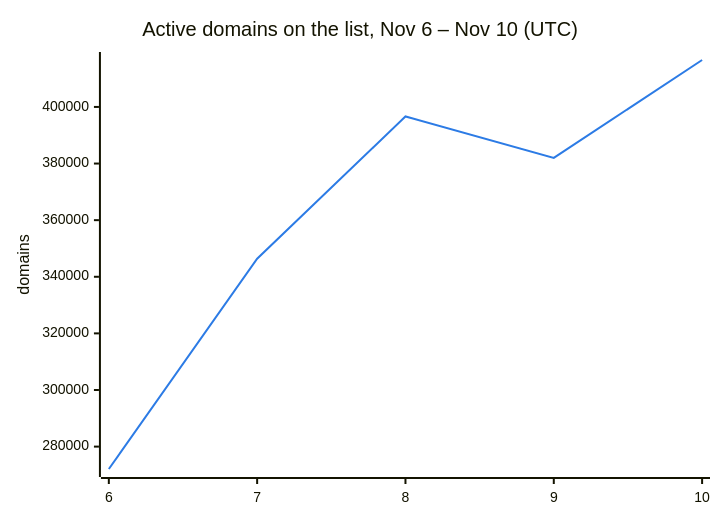
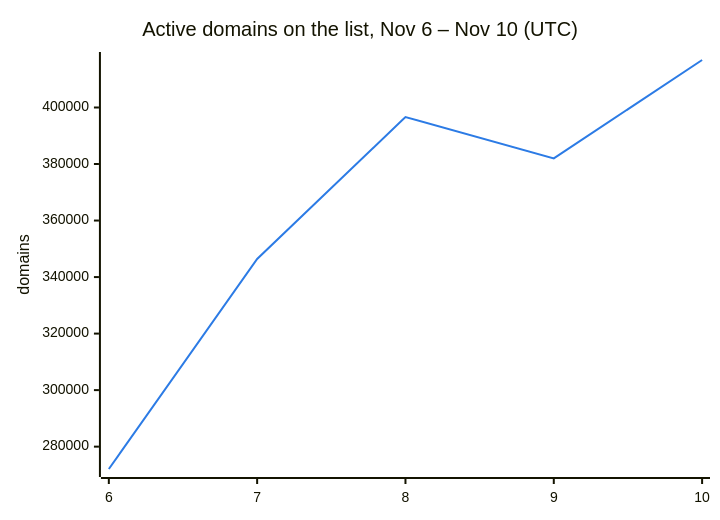
Before and after one commit to DNSBunker/CTI: the second of 3 diagrams in README.md, drawn with Mermaid. The commit also changed other lines of this file and 3 other files, not shown here.

````diff
--- a/README.md
+++ b/README.md
@@ -38,8 +38,8 @@
 ```mermaid
 %%{init: {"themeVariables": {"xyChart": {"plotColorPalette": "#2c7be5"}}}}%%
 xychart-beta
     title "Active domains on the list, Nov 6 – Nov 10 (UTC)"
     x-axis ["6", "7", "8", "9", "10"]
     y-axis "domains"
-    line [272088, 346388, 396638, 382009, 416581]
+    line [272088, 346388, 396638, 382009, 416808]
 ```
````
